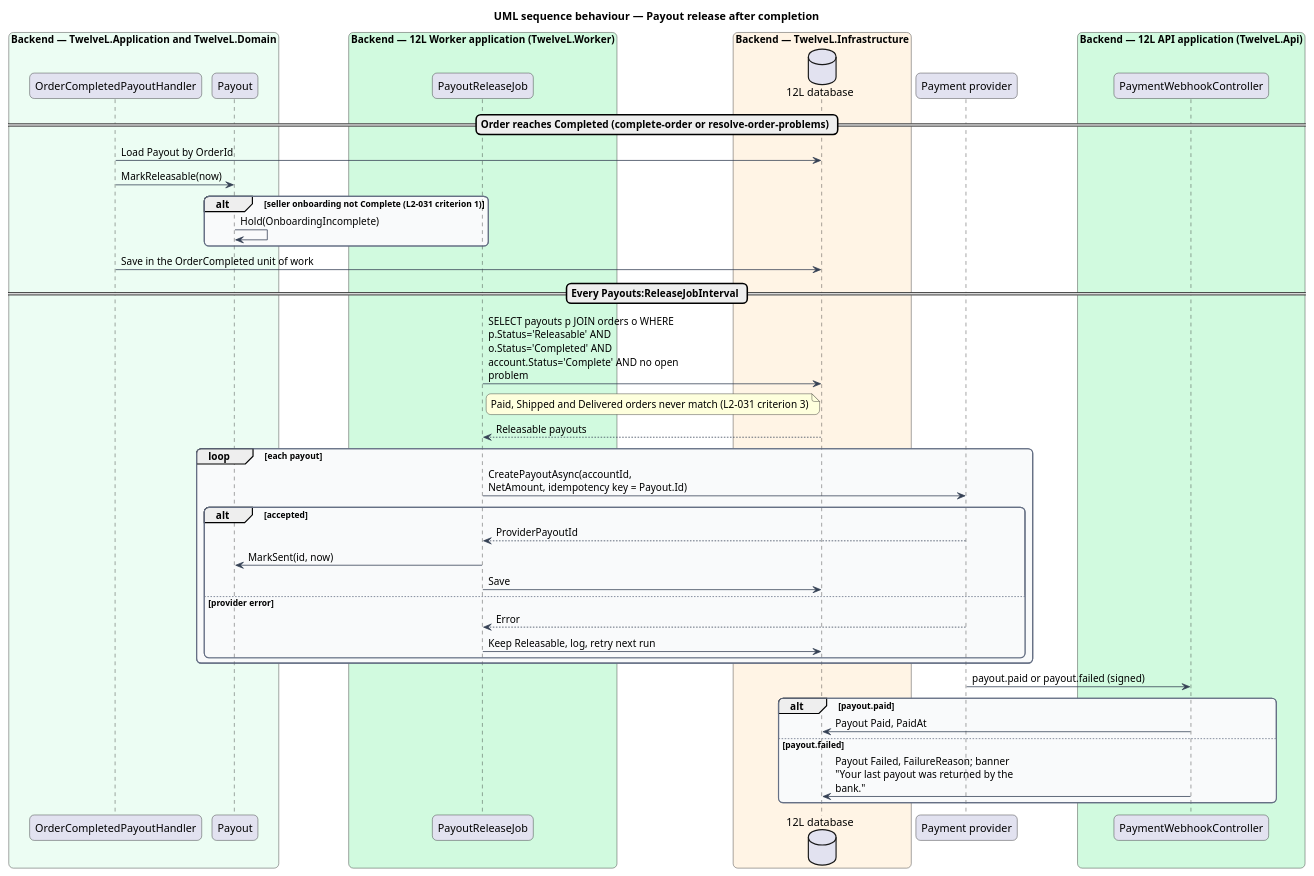
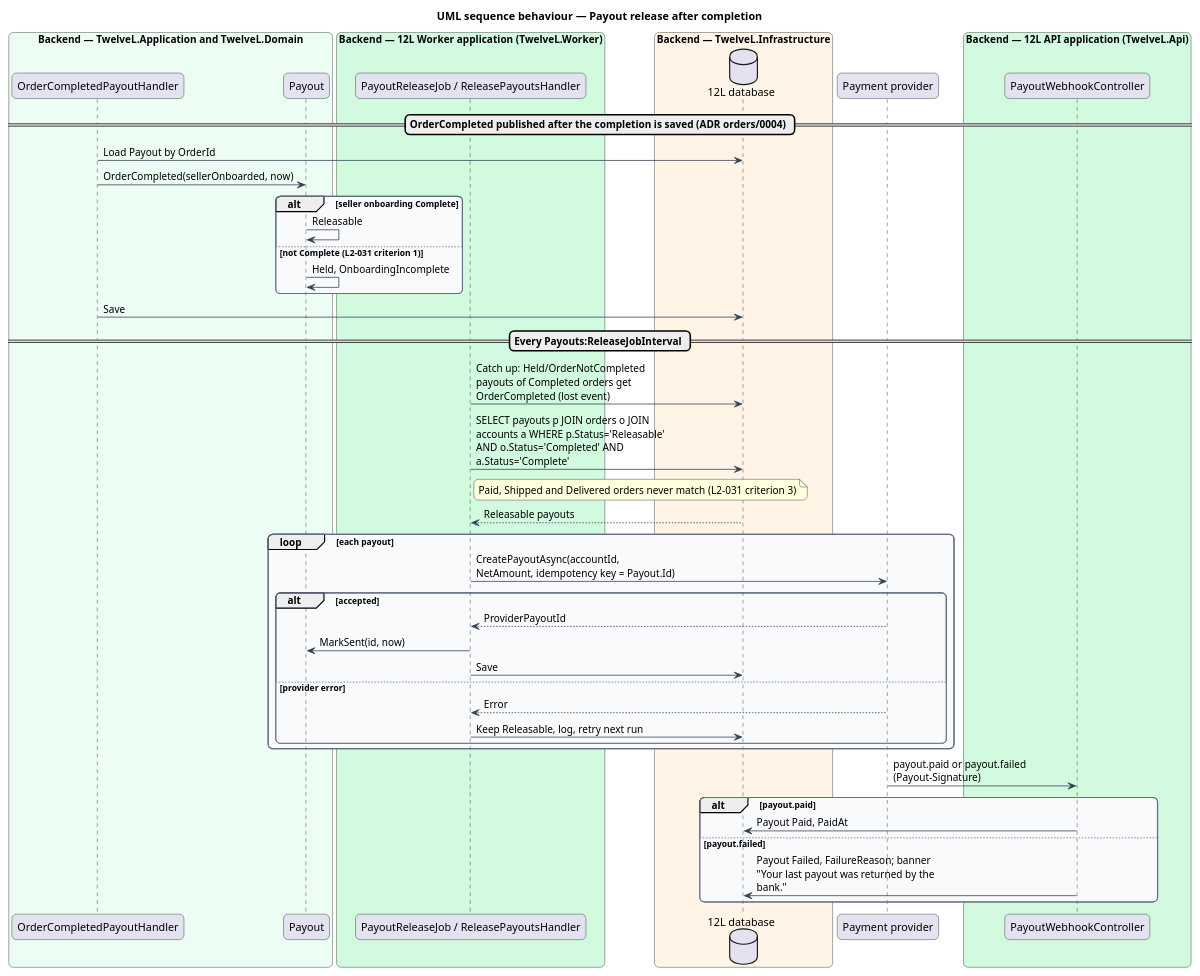
One commit to QuinntyneBrown/12l changed the diagram in docs/detailed-designs/orders/seller-payouts/diagrams/sequence-payout-release.puml. Above: the diagram before and after it, drawn with PlantUML. The commit also changed 64 other files, not shown here.

Commit message:
Document seller-payouts: design, ADR orders/0005, L2-031, Stat and Alert, composition, estimates

```diff
--- a/docs/detailed-designs/orders/seller-payouts/diagrams/sequence-payout-release.puml
+++ b/docs/detailed-designs/orders/seller-payouts/diagrams/sequence-payout-release.puml
@@ -1,61 +1,64 @@
 @startuml
 title UML sequence behaviour — Payout release after completion
 skinparam backgroundColor #FFFFFF
 skinparam shadowing false
 skinparam roundcorner 12
 skinparam defaultFontName Arial
 skinparam ArrowColor #344054
 skinparam rectangle {
   BorderColor #344054
   FontColor #101828
 }
 skinparam package {
   BorderColor #667085
   FontColor #101828
   BackgroundColor #F9FAFB
 }
 skinparam sequenceMessageAlign left
 skinparam maxMessageSize 260
 box "Backend — TwelveL.Application and TwelveL.Domain" #ECFDF3
   participant "OrderCompletedPayoutHandler" as evh
   participant "Payout" as payout
 end box
 box "Backend — 12L Worker application (TwelveL.Worker)" #D1FADF
-  participant "PayoutReleaseJob" as job
+  participant "PayoutReleaseJob / ReleasePayoutsHandler" as job
 end box
 box "Backend — TwelveL.Infrastructure" #FFF4E5
   database "12L database" as db
 end box
 participant "Payment provider" as pay
 box "Backend — 12L API application (TwelveL.Api)" #D1FADF
-  participant "PaymentWebhookController" as wh
+  participant "PayoutWebhookController" as wh
 end box
-== Order reaches Completed (complete-order or resolve-order-problems) ==
+== OrderCompleted published after the completion is saved (ADR orders/0004) ==
 evh -> db : Load Payout by OrderId
-evh -> payout : MarkReleasable(now)
-alt seller onboarding not Complete (L2-031 criterion 1)
-  payout -> payout : Hold(OnboardingIncomplete)
+evh -> payout : OrderCompleted(sellerOnboarded, now)
+alt seller onboarding Complete
+  payout -> payout : Releasable
+else not Complete (L2-031 criterion 1)
+  payout -> payout : Held, OnboardingIncomplete
 end
-evh -> db : Save in the OrderCompleted unit of work
+evh -> db : Save
 == Every Payouts:ReleaseJobInterval ==
-job -> db : SELECT payouts p JOIN orders o WHERE p.Status='Releasable' AND o.Status='Completed' AND account.Status='Complete' AND no open problem
+job -> db : Catch up: Held/OrderNotCompleted payouts of Completed orders get OrderCompleted (lost event)
+job -> db : SELECT payouts p JOIN orders o JOIN accounts a WHERE p.Status='Releasable' AND o.Status='Completed' AND a.Status='Complete'
 note right of job : Paid, Shipped and Delivered orders never match (L2-031 criterion 3)
 db --> job : Releasable payouts
 loop each payout
   job -> pay : CreatePayoutAsync(accountId, NetAmount, idempotency key = Payout.Id)
   alt accepted
     pay --> job : ProviderPayoutId
     job -> payout : MarkSent(id, now)
     job -> db : Save
   else provider error
     pay --> job : Error
     job -> db : Keep Releasable, log, retry next run
   end
 end
-pay -> wh : payout.paid or payout.failed (signed)
+pay -> wh : payout.paid or payout.failed (Payout-Signature)
 alt payout.paid
   wh -> db : Payout Paid, PaidAt
 else payout.failed
   wh -> db : Payout Failed, FailureReason; banner "Your last payout was returned by the bank."
 end
 @enduml
```
